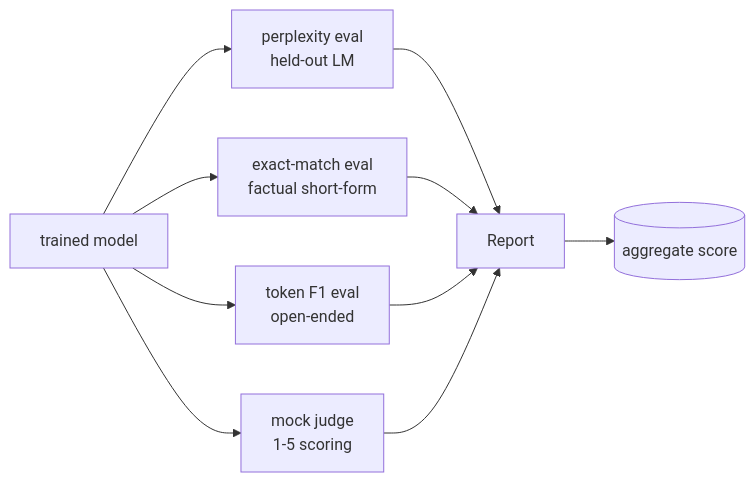
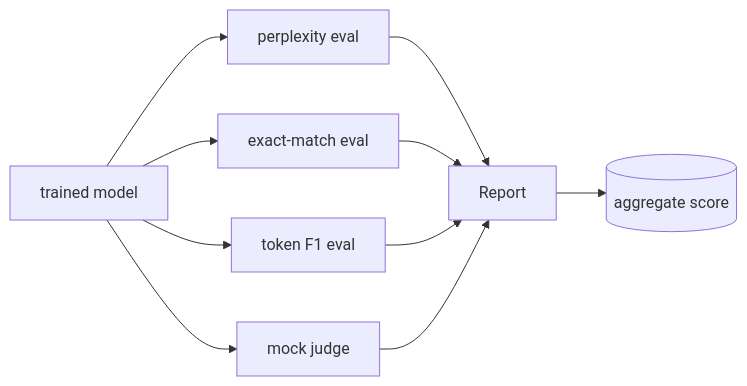
Before and after one commit to rohitg00/ai-engineering-from-scratch: the diagram in phases/19-capstone-projects/41-eval-pipeline/docs/en.md, drawn with Mermaid. The commit also changed other lines of this file and 1935 other files, not shown here.

````diff
--- a/phases/19-capstone-projects/41-eval-pipeline/docs/en.md
+++ b/phases/19-capstone-projects/41-eval-pipeline/docs/en.md
@@ -28,12 +26,12 @@
 ```mermaid
 flowchart LR
-  Model[trained model] --> PPL[perplexity eval<br/>held-out LM]
-  Model --> EM[exact-match eval<br/>factual short-form]
-  Model --> F1[token F1 eval<br/>open-ended]
-  Model --> J[mock judge<br/>1-5 scoring]
+  Model[trained model] --> PPL[perplexity eval]
+  Model --> EM[exact-match eval]
+  Model --> F1[token F1 eval]
+  Model --> J[mock judge]
   PPL --> R[Report]
   EM --> R
   F1 --> R
   J --> R
   R --> A[(aggregate score)]
 ```
````
